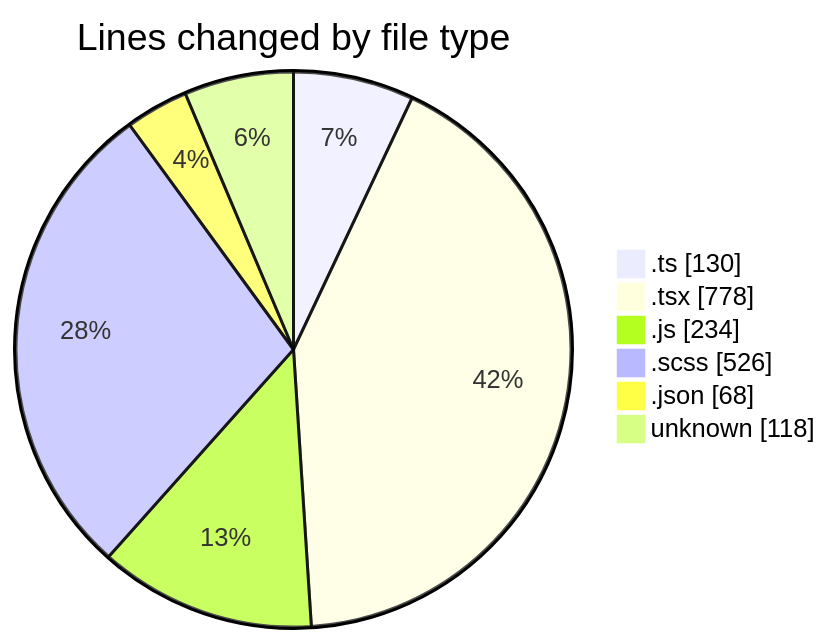
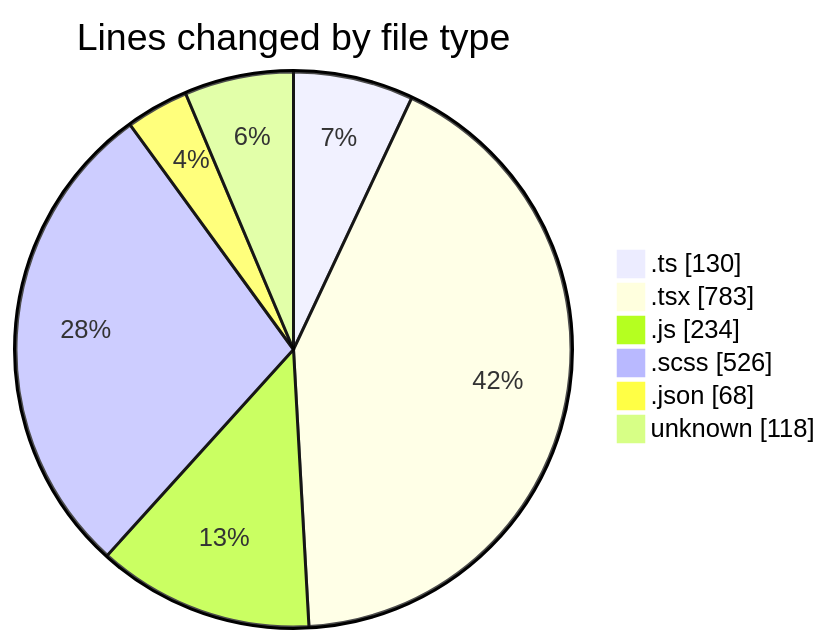
One commit to momahboobian/code-tracking changed the first of 2 diagrams in 2026-05-08/cda/README.md. Above: the diagram before and after it, drawn with Mermaid. The commit also changed other lines of this file and 1 other file, not shown here.

````diff
--- a/2026-05-08/cda/README.md
+++ b/2026-05-08/cda/README.md
@@ -38,10 +38,10 @@
 ```mermaid
 pie showData
 title Lines changed by file type
 ".ts" : 130
-".tsx" : 778
+".tsx" : 783
 ".js" : 234
 ".scss" : 526
 ".json" : 68
 "unknown" : 118
 ```
````
